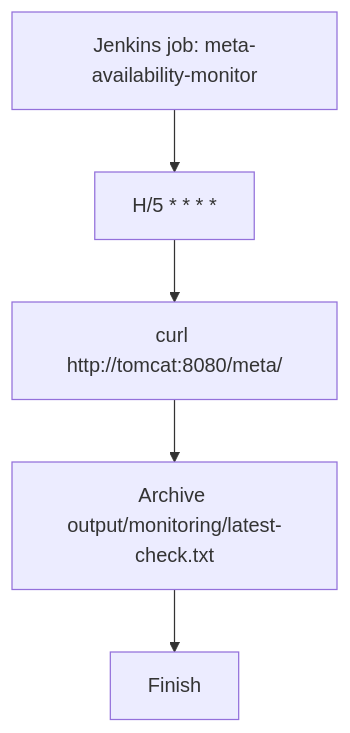
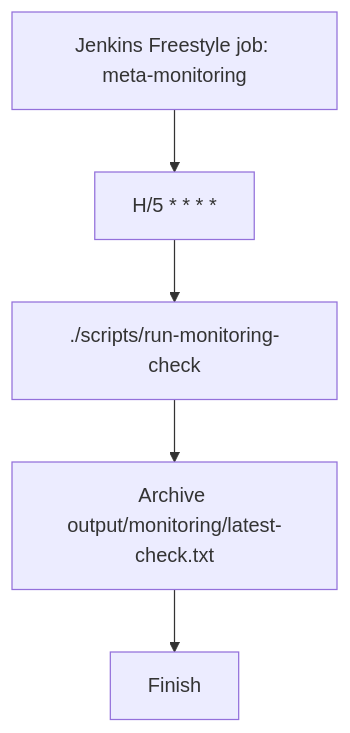
Before and after one commit to y0ncha/meta-final-project: the third of 3 diagrams in docs/architecture.md, drawn with Mermaid. The commit also changed other lines of this file and 22 other files, not shown here.

Commit message:
Switch monitoring to Freestyle job and add Jenkins-safe reports

````diff
--- a/docs/architecture.md
+++ b/docs/architecture.md
@@ -40,7 +40,7 @@
 ```mermaid
 flowchart TD
-  Start["Jenkins job: meta-availability-monitor"] --> Schedule["H/5 * * * *"]
-  Schedule --> Availability["curl http://tomcat:8080/meta/"]
-  Availability --> Evidence["Archive output/monitoring/latest-check.txt"]
+  Start["Jenkins Freestyle job: meta-monitoring"] --> Schedule["H/5 * * * *"]
+  Schedule --> Check["./scripts/run-monitoring-check"]
+  Check --> Evidence["Archive output/monitoring/latest-check.txt"]
   Evidence --> Done["Finish"]
 ```
````
